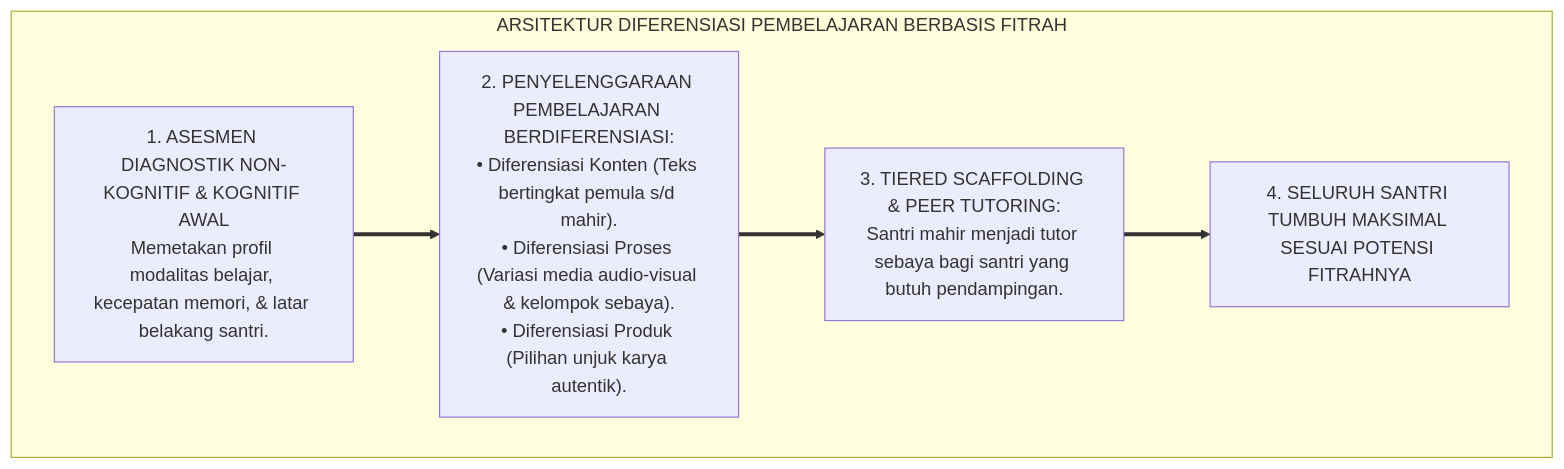
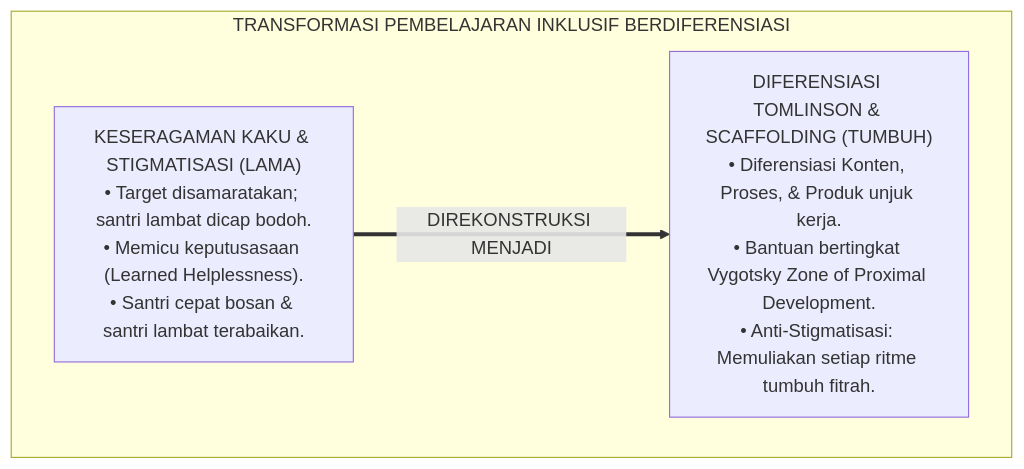
Before and after one commit to wandiapriliyandi/tumbuh: the first of 3 diagrams in 02 Principles/03 Learning Principles/P2-03-05-Prinsip-Diferensiasi-Pembelajaran-dan-Inklusi-Santri.md, drawn with Mermaid. The commit also changed other lines of this file and 6 other files, not shown here.

````diff
--- a/02 Principles/03 Learning Principles/P2-03-05-Prinsip-Diferensiasi-Pembelajaran-dan-Inklusi-Santri.md
+++ b/02 Principles/03 Learning Principles/P2-03-05-Prinsip-Diferensiasi-Pembelajaran-dan-Inklusi-Santri.md
@@ -57,14 +56,10 @@
 ```mermaid
 flowchart TD
-    subgraph ModelDiferensiasiPembelajaranTUMBUH["ARSITEKTUR DIFERENSIASI PEMBELAJARAN BERBASIS FITRAH"]
-        AsesmenAwal["1. ASESMEN DIAGNOSTIK NON-KOGNITIF & KOGNITIF AWAL<br/>Memetakan profil modalitas belajar, kecepatan memori, & latar belakang santri."]
+    subgraph TransformasiDiferensiasiFitrah["TRANSFORMASI PEMBELAJARAN INKLUSIF BERDIFERENSIASI"]
+        PolaSeragamLama["KESERAGAMAN KAKU & STIGMATISASI (LAMA)<br/>• Target disamaratakan; santri lambat dicap bodoh.<br/>• Memicu keputusasaan (Learned Helplessness).<br/>• Santri cepat bosan & santri lambat terabaikan."]
         
-        Diferensiasi["2. PENYELENGGARAAN PEMBELAJARAN BERDIFERENSIASI:<br/>• Diferensiasi Konten (Teks bertingkat pemula s/d mahir).<br/>• Diferensiasi Proses (Variasi media audio-visual & kelompok sebaya).<br/>• Diferensiasi Produk (Pilihan unjuk karya autentik)."]
+        PolaDiferensiasiTUMBUH["DIFERENSIASI TOMLINSON & SCAFFOLDING (TUMBUH)<br/>• Diferensiasi Konten, Proses, & Produk unjuk kerja.<br/>• Bantuan bertingkat Vygotsky Zone of Proximal Development.<br/>• Anti-Stigmatisasi: Memuliakan setiap ritme tumbuh fitrah."]
         
-        Scaffolding["3. TIERED SCAFFOLDING & PEER TUTORING:<br/>Santri mahir menjadi tutor sebaya bagi santri yang butuh pendampingan."]
-        
-        Hasil["4. SELURUH SANTRI TUMBUH MAKSIMAL SESUAI POTENSI FITRAHNYA"]
-        
-        AsesmenAwal ==> Diferensiasi ==> Scaffolding ==> Hasil
+        PolaSeragamLama ==>|DIREKONSTRUKSI MENJADI| PolaDiferensiasiTUMBUH
     end
 ```
````
